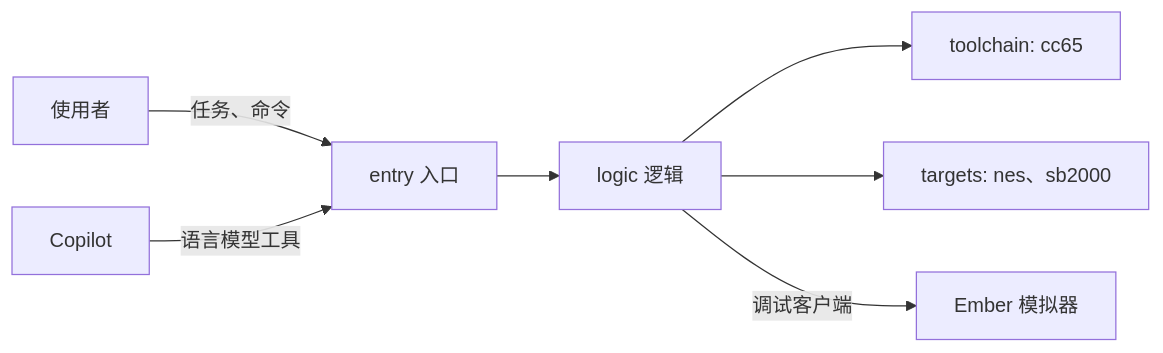
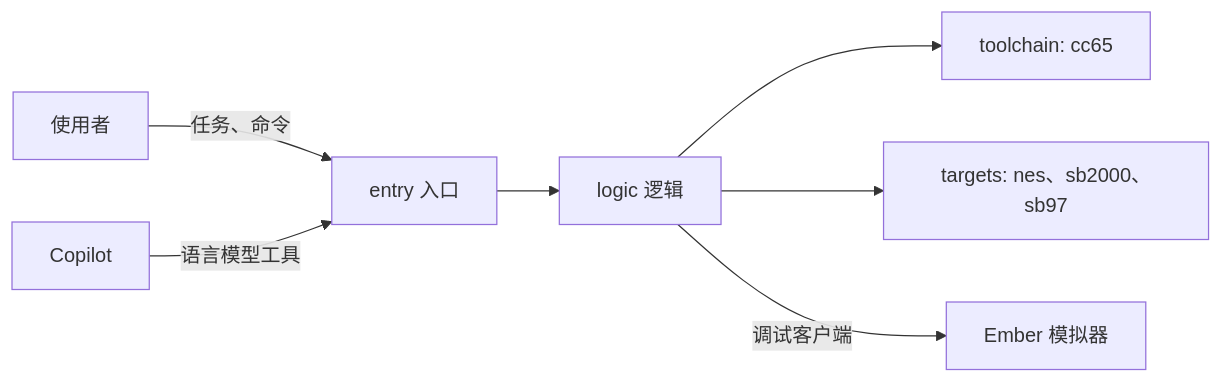
Before and after one commit to sungbindev/famiclone: the diagram in docs/01-软件架构设计.md, drawn with Mermaid. The commit also changed other lines of this file and 97 other files, not shown here.

````diff
--- a/docs/01-软件架构设计.md
+++ b/docs/01-软件架构设计.md
@@ -45,9 +45,9 @@
 ```mermaid
 flowchart LR
   USER[使用者] -->|任务、命令| ENTRY[entry 入口]
   AGENT[Copilot] -->|语言模型工具| ENTRY
   ENTRY --> LOGIC[logic 逻辑]
   LOGIC --> TC[toolchain: cc65]
-  LOGIC --> TG[targets: nes、sb2000]
+  LOGIC --> TG[targets: nes、sb2000、sb97]
   LOGIC -->|调试客户端| EM[Ember 模拟器]
 ```
````
